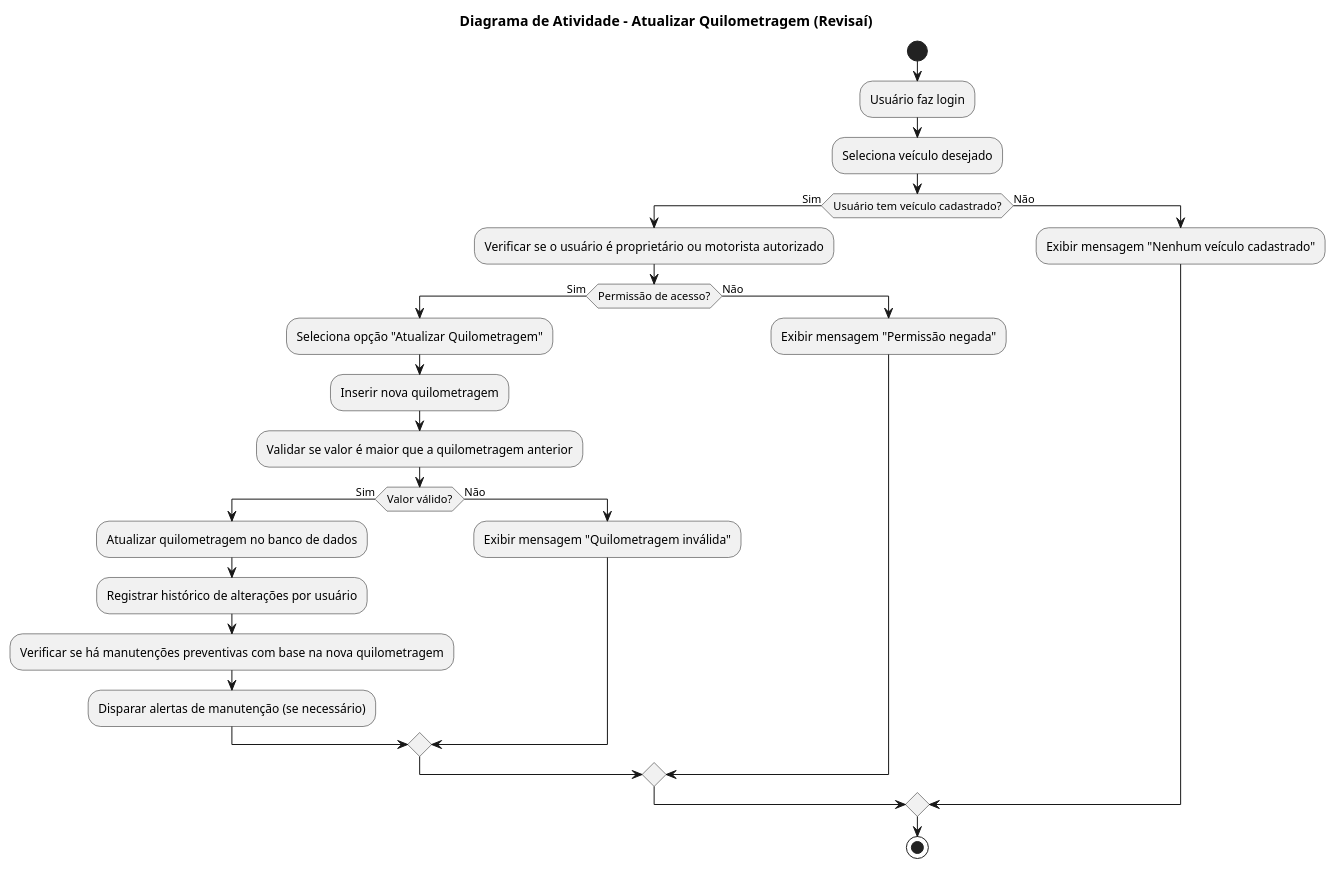
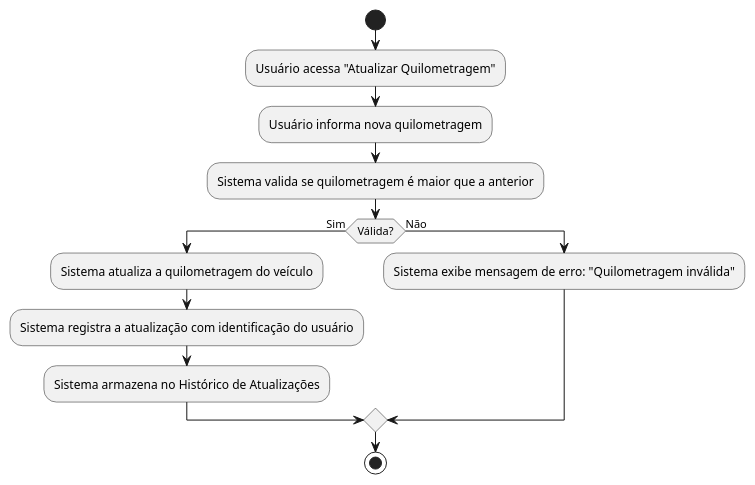
Before and after one commit to adsifs/2025.1_AOO_AV: the diagram in modelos/UC_Quilometragem.md, drawn with PlantUML. The commit also changed other lines of this file, not shown here.

````diff
--- a/modelos/UC_Quilometragem.md
+++ b/modelos/UC_Quilometragem.md
@@ -3,36 +8,24 @@
 ```puml
 @startuml
 start
-title Diagrama de Atividade - Atualizar Quilometragem (Revisaí)
 
-:Usuário faz login;
-:Seleciona veículo desejado;
+:Usuário acessa "Atualizar Quilometragem";
 
-if (Usuário tem veículo cadastrado?) then (Sim)
-  :Verificar se o usuário é proprietário ou motorista autorizado;
+:Usuário informa nova quilometragem;
 
-  if (Permissão de acesso?) then (Sim)
-    :Seleciona opção "Atualizar Quilometragem";
-    :Inserir nova quilometragem;
-    :Validar se valor é maior que a quilometragem anterior;
+:Sistema valida se quilometragem é maior que a anterior;
 
-    if (Valor válido?) then (Sim)
-      :Atualizar quilometragem no banco de dados;
-      :Registrar histórico de alterações por usuário;
-      :Verificar se há manutenções preventivas com base na nova quilometragem;
-      :Disparar alertas de manutenção (se necessário);
-    else (Não)
-      :Exibir mensagem "Quilometragem inválida";
-    endif
+if (Válida?) then (Sim)
+  :Sistema atualiza a quilometragem do veículo;
 
-  else (Não)
-    :Exibir mensagem "Permissão negada";
-  endif
+  :Sistema registra a atualização com identificação do usuário;
+
+  :Sistema armazena no Histórico de Atualizações;
 
 else (Não)
-  :Exibir mensagem "Nenhum veículo cadastrado";
+  :Sistema exibe mensagem de erro: "Quilometragem inválida";
 endif
 
 stop
 @enduml
 ```
````
